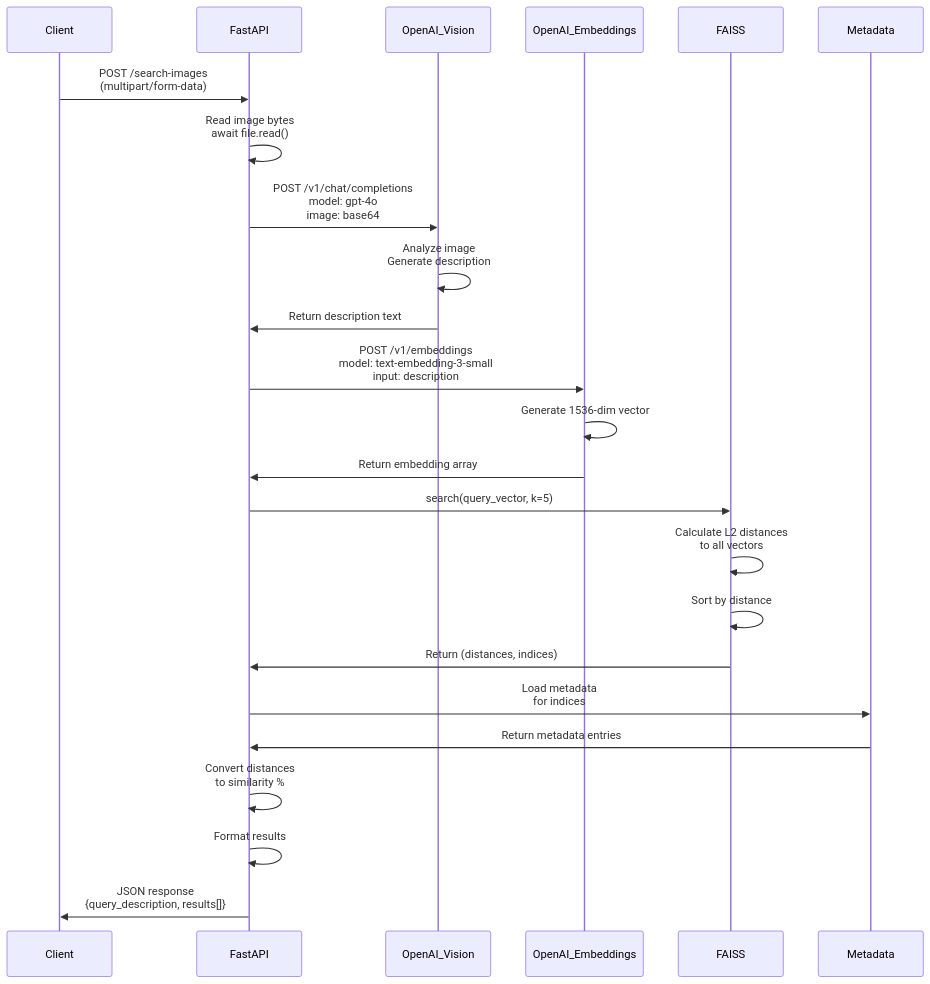
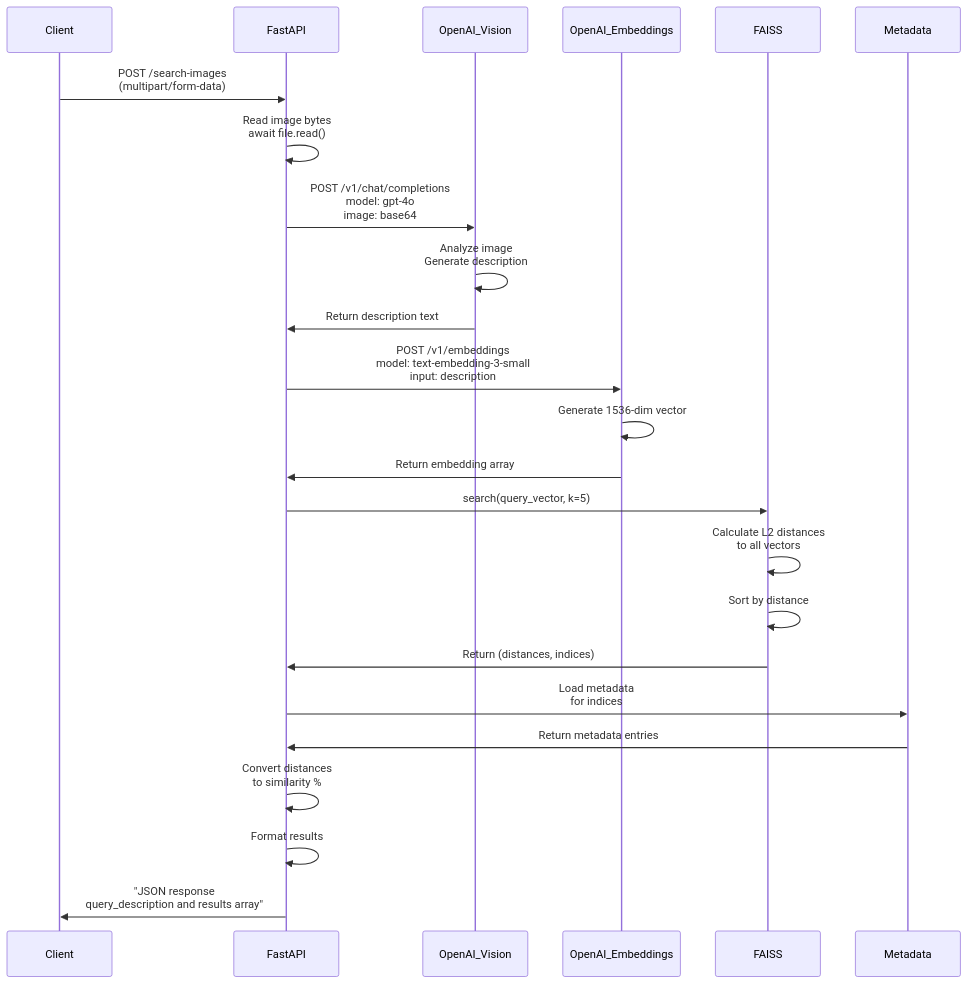
The tenth of 11 diagrams in BACKEND_CODE_FLOW.md (Yegmina/JUNCTION2025), drawn with Mermaid before and after one commit. The commit also changed other lines of this file, not shown here.

````diff
--- a/BACKEND_CODE_FLOW.md
+++ b/BACKEND_CODE_FLOW.md
@@ -634,32 +634,32 @@
 ```mermaid
 sequenceDiagram
     participant Client
     participant FastAPI
     participant OpenAI_Vision
     participant OpenAI_Embeddings
     participant FAISS
     participant Metadata
 
     Client->>FastAPI: POST /search-images<br/>(multipart/form-data)
     FastAPI->>FastAPI: Read image bytes<br/>await file.read()
     
     FastAPI->>OpenAI_Vision: POST /v1/chat/completions<br/>model: gpt-4o<br/>image: base64
     OpenAI_Vision->>OpenAI_Vision: Analyze image<br/>Generate description
     OpenAI_Vision->>FastAPI: Return description text
     
     FastAPI->>OpenAI_Embeddings: POST /v1/embeddings<br/>model: text-embedding-3-small<br/>input: description
     OpenAI_Embeddings->>OpenAI_Embeddings: Generate 1536-dim vector
     OpenAI_Embeddings->>FastAPI: Return embedding array
     
     FastAPI->>FAISS: search(query_vector, k=5)
     FAISS->>FAISS: Calculate L2 distances<br/>to all vectors
     FAISS->>FAISS: Sort by distance
     FAISS->>FastAPI: Return (distances, indices)
     
     FastAPI->>Metadata: Load metadata<br/>for indices
     Metadata->>FastAPI: Return metadata entries
     
     FastAPI->>FastAPI: Convert distances<br/>to similarity %
     FastAPI->>FastAPI: Format results
-    FastAPI->>Client: JSON response<br/>{query_description, results[]}
+    FastAPI->>Client: "JSON response<br/>query_description and results array"
 ```
````
